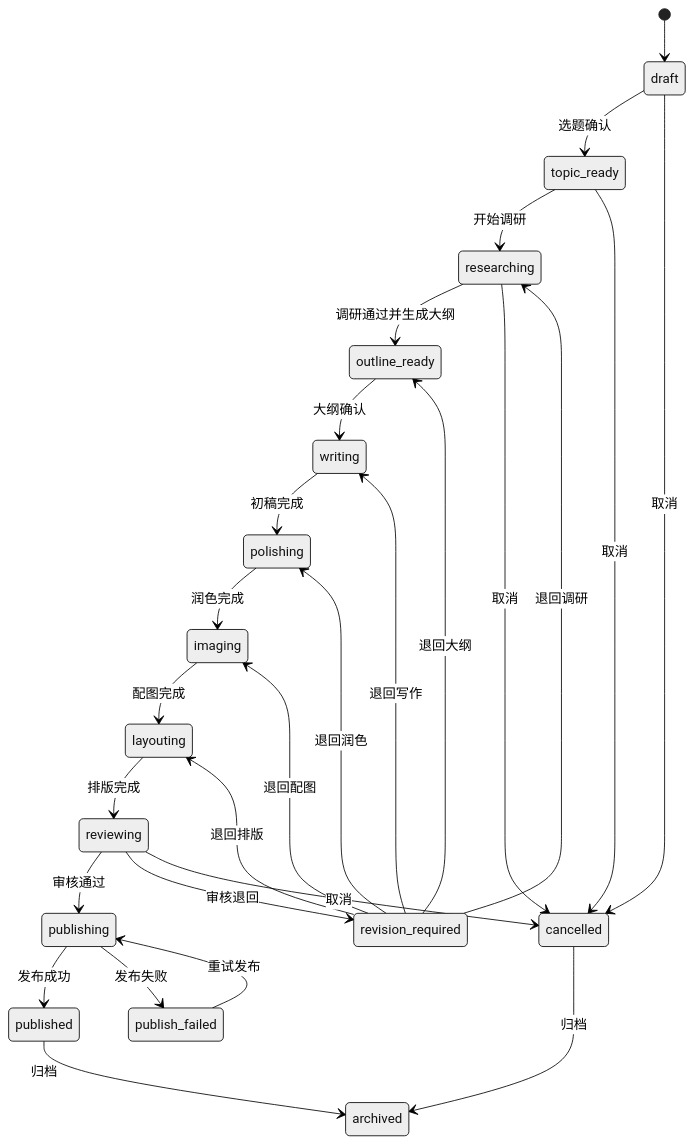
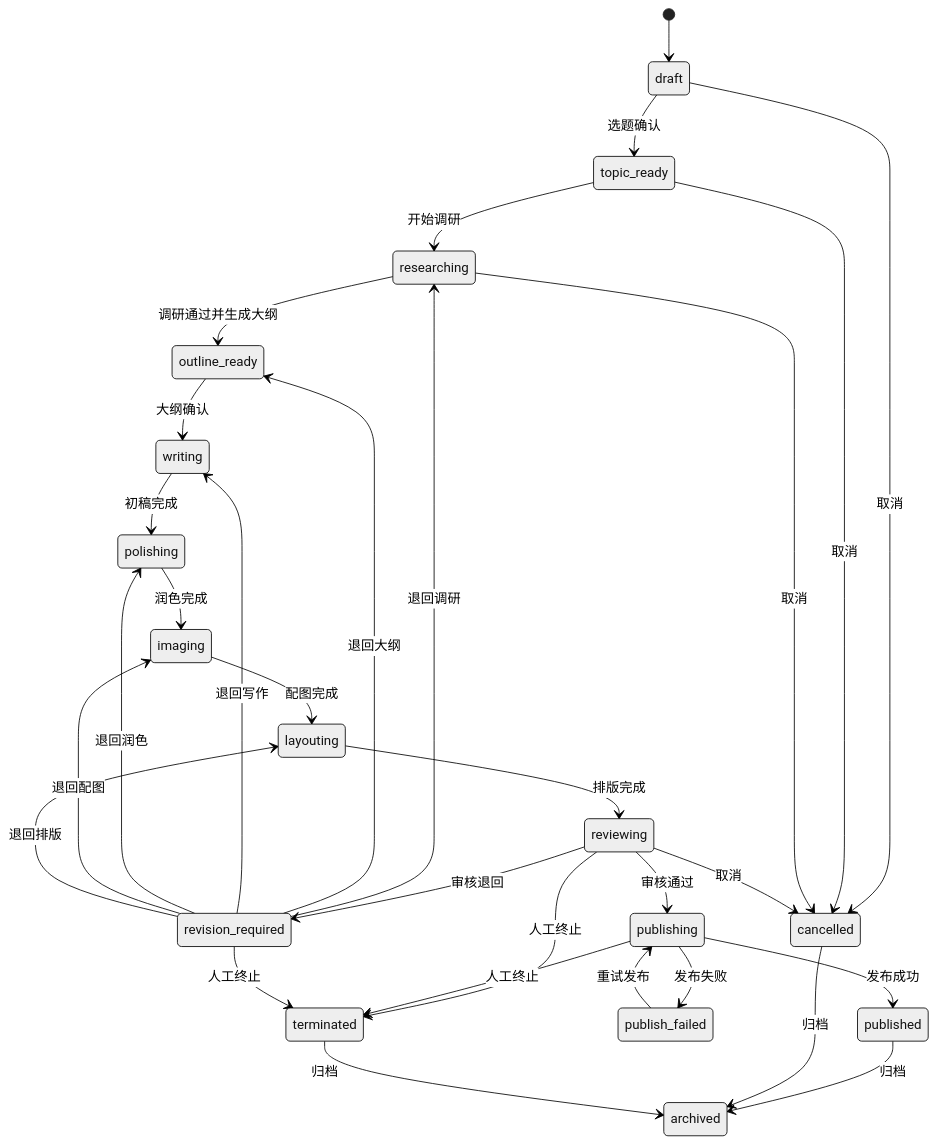
The second of 7 diagrams in docs/07-workflow/content-workflow.md (StanlySGY/Content-Factory), drawn with Mermaid (neutral theme) before and after one commit. The commit also changed other lines of this file and 5 other files, not shown here.

````diff
--- a/docs/07-workflow/content-workflow.md
+++ b/docs/07-workflow/content-workflow.md
@@ -211,29 +211,33 @@
 ```mermaid
 stateDiagram-v2
     [*] --> draft
     draft --> topic_ready: 选题确认
     topic_ready --> researching: 开始调研
     researching --> outline_ready: 调研通过并生成大纲
     outline_ready --> writing: 大纲确认
     writing --> polishing: 初稿完成
     polishing --> imaging: 润色完成
     imaging --> layouting: 配图完成
     layouting --> reviewing: 排版完成
     reviewing --> publishing: 审核通过
     reviewing --> revision_required: 审核退回
     revision_required --> researching: 退回调研
     revision_required --> outline_ready: 退回大纲
     revision_required --> writing: 退回写作
     revision_required --> polishing: 退回润色
     revision_required --> imaging: 退回配图
     revision_required --> layouting: 退回排版
     publishing --> published: 发布成功
     publishing --> publish_failed: 发布失败
     publish_failed --> publishing: 重试发布
     published --> archived: 归档
     draft --> cancelled: 取消
     topic_ready --> cancelled: 取消
     researching --> cancelled: 取消
     reviewing --> cancelled: 取消
+    reviewing --> terminated: 人工终止
+    publishing --> terminated: 人工终止
+    revision_required --> terminated: 人工终止
     cancelled --> archived: 归档
+    terminated --> archived: 归档
 ```
````
